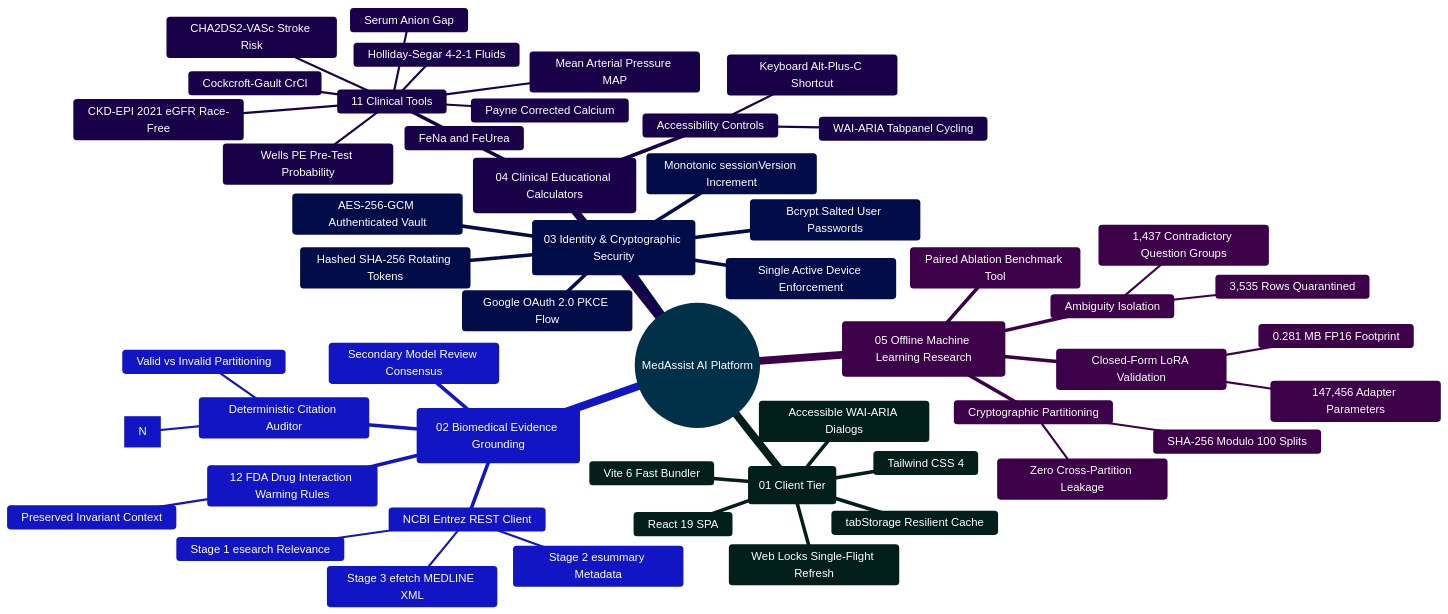
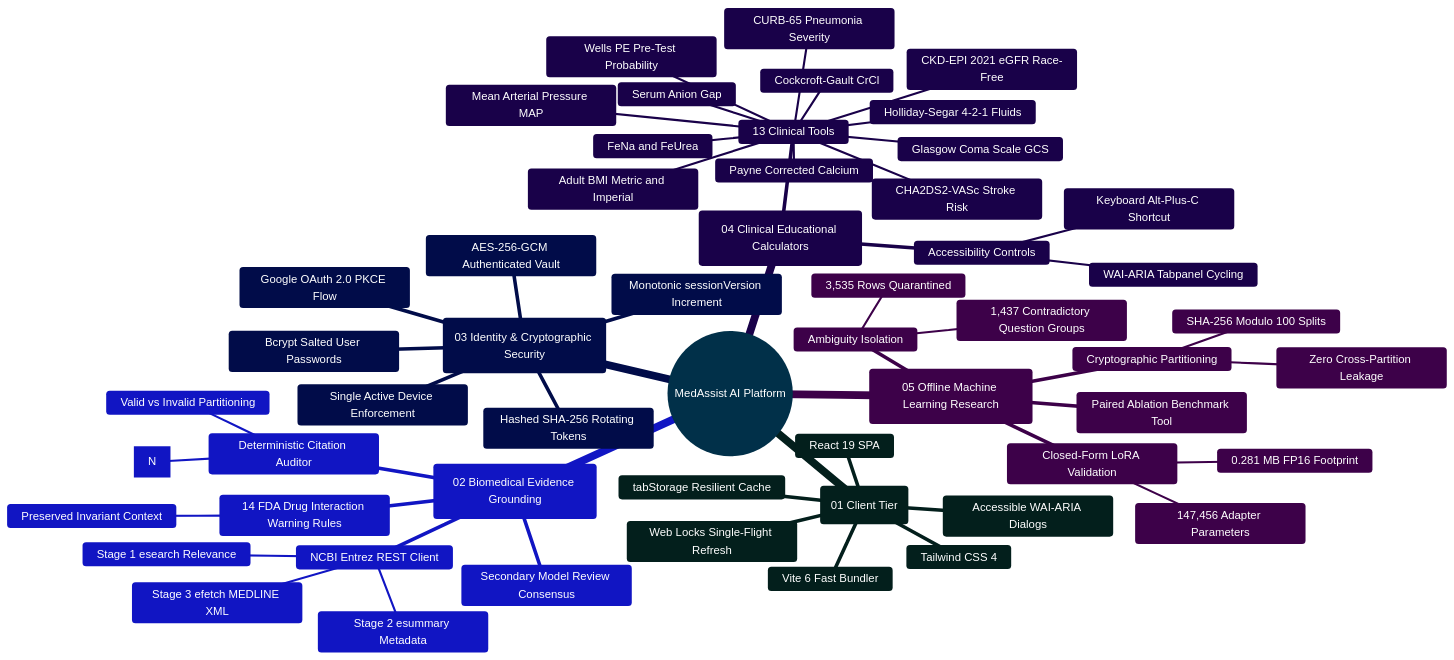
Before and after one commit to Ganesh172919/React-App-LLM: the diagram in README.md, drawn with Mermaid. The commit also changed other lines of this file and 11 other files, not shown here.

Commit message:
docs: comprehensive update across architecture, 13 clinical tools, and 14 FDA drug interaction rules

````diff
--- a/README.md
+++ b/README.md
@@ -89,56 +89,59 @@
 ```mermaid
 %%{init: {'theme': 'base', 'themeVariables': { 'primaryColor': '#0284c7', 'primaryTextColor': '#ffffff', 'primaryBorderColor': '#0369a1', 'lineColor': '#0284c7', 'secondaryColor': '#0d9488', 'tertiaryColor': '#6366f1' }}}%%
 mindmap
   root((MedAssist AI Platform))
     ::icon(fa fa-heartbeat)
     (01 Client Tier)
       React 19 SPA
       Vite 6 Fast Bundler
       Tailwind CSS 4
       Web Locks Single-Flight Refresh
       tabStorage Resilient Cache
       Accessible WAI-ARIA Dialogs
     (02 Biomedical Evidence Grounding)
       NCBI Entrez REST Client
         Stage 1 esearch Relevance
         Stage 2 esummary Metadata
         Stage 3 efetch MEDLINE XML
       Deterministic Citation Auditor
         Bracket Regex Extraction [N]
         Valid vs Invalid Partitioning
-      12 FDA Drug Interaction Warning Rules
+      14 FDA Drug Interaction Warning Rules
         Preserved Invariant Context
       Secondary Model Review Consensus
     (03 Identity & Cryptographic Security)
       Bcrypt Salted User Passwords
       Monotonic sessionVersion Increment
       Single Active Device Enforcement
       Hashed SHA-256 Rotating Tokens
       AES-256-GCM Authenticated Vault
       Google OAuth 2.0 PKCE Flow
     (04 Clinical Educational Calculators)
-      11 Clinical Tools
+      13 Clinical Tools
+        Adult BMI Metric and Imperial
         CKD-EPI 2021 eGFR Race-Free
         CHA2DS2-VASc Stroke Risk
         Mean Arterial Pressure MAP
         Cockcroft-Gault CrCl
         Payne Corrected Calcium
         Serum Anion Gap
         FeNa and FeUrea
         Holliday-Segar 4-2-1 Fluids
         Wells PE Pre-Test Probability
+        CURB-65 Pneumonia Severity
+        Glasgow Coma Scale GCS
       Accessibility Controls
         WAI-ARIA Tabpanel Cycling
         Keyboard Alt-Plus-C Shortcut
     (05 Offline Machine Learning Research)
       Ambiguity Isolation
         1,437 Contradictory Question Groups
         3,535 Rows Quarantined
       Cryptographic Partitioning
         SHA-256 Modulo 100 Splits
         Zero Cross-Partition Leakage
       Closed-Form LoRA Validation
         147,456 Adapter Parameters
         0.281 MB FP16 Footprint
       Paired Ablation Benchmark Tool
 ```
````
